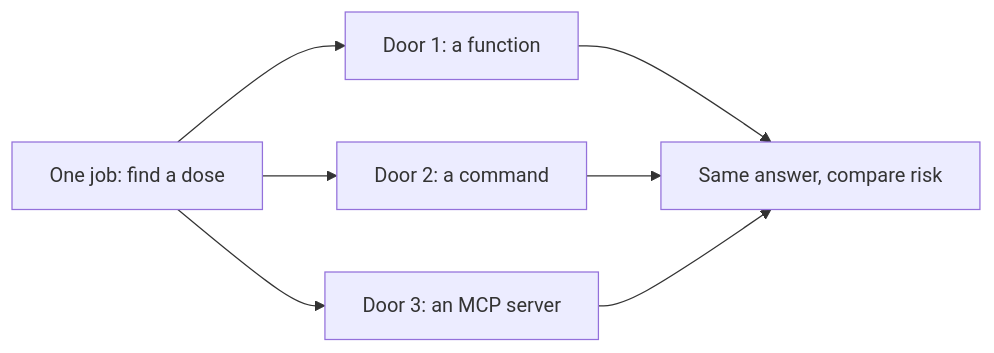
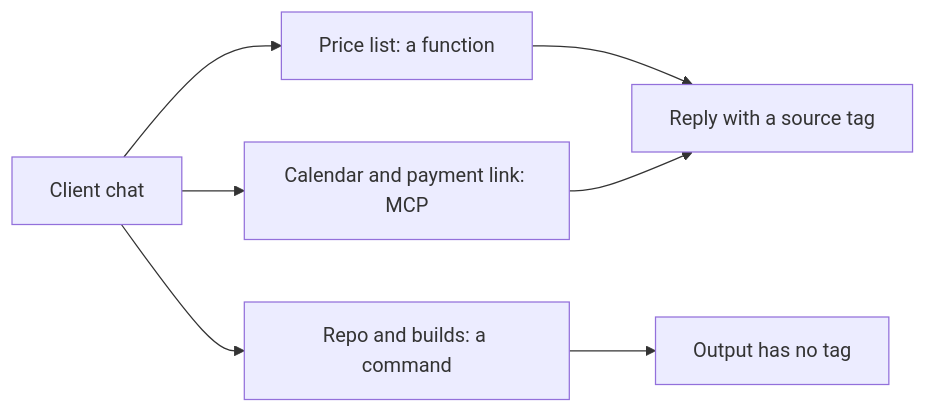
Before and after one commit to learnwithparam/agentic-ai-live-labs: the diagram in docs/labs/09-three-doors.md, drawn with Mermaid. The commit also changed other lines of this file and 59 other files, not shown here.

````diff
--- a/docs/labs/09-three-doors.md
+++ b/docs/labs/09-three-doors.md
@@ -7,9 +7,9 @@
 ```mermaid
 flowchart LR
-  Job["One job: find a dose"] --> F["Door 1: a function"]
-  Job --> S["Door 2: a command"]
-  Job --> M["Door 3: an MCP server"]
-  F --> R["Same answer, compare risk"]
-  S --> R
+  Chat["Client chat"] --> F["Price list: a function"]
+  Chat --> M["Calendar and payment link: MCP"]
+  Chat --> S["Repo and builds: a command"]
+  F --> R["Reply with a source tag"]
   M --> R
+  S --> U["Output has no tag"]
 ```
````
